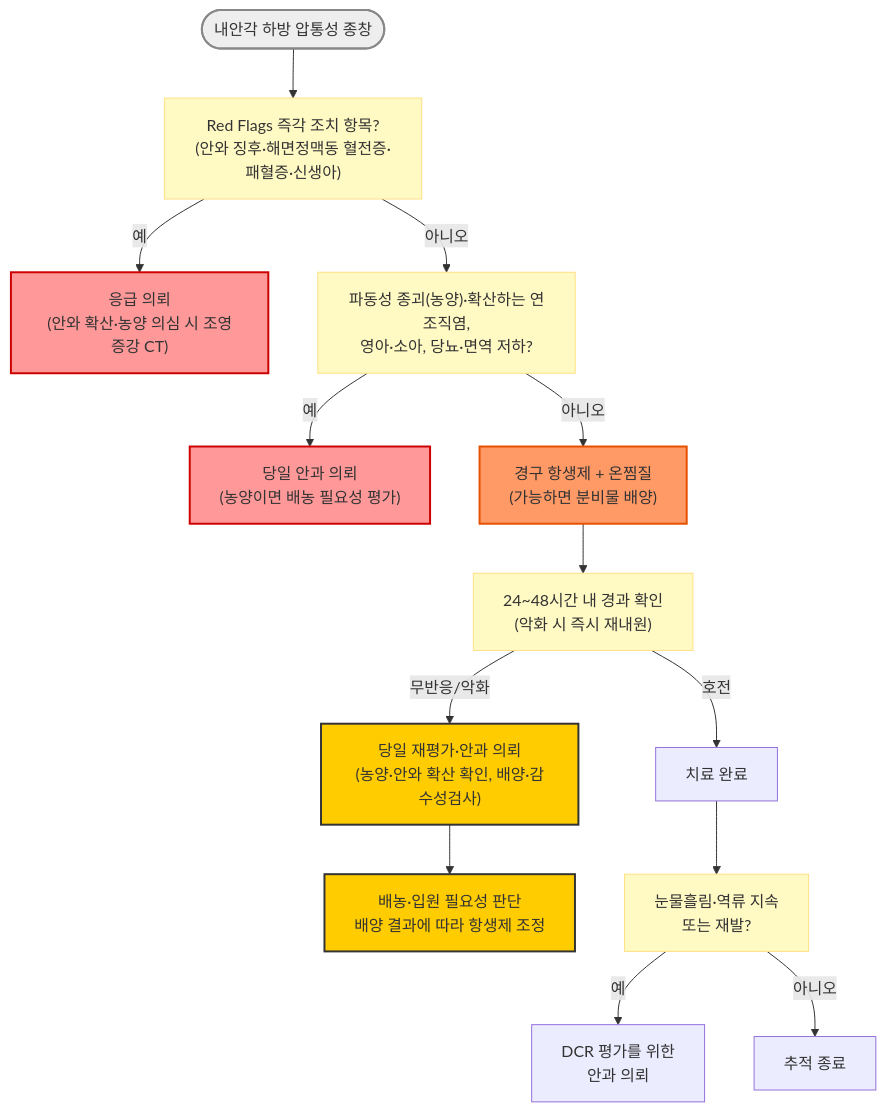
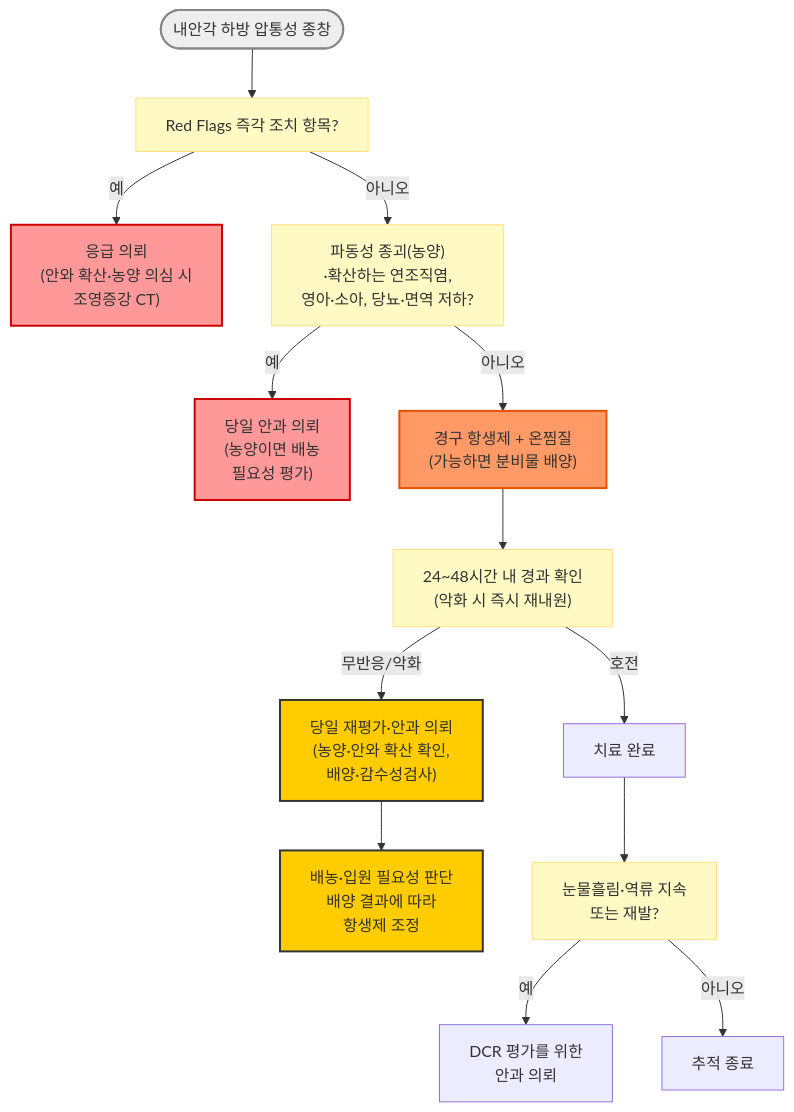
Before and after one commit to familyoh77/familyoh77: the diagram in 222_/043_-dacryocystitis.md, drawn with Mermaid. The commit also changed other lines of this file, not shown here.

````diff
--- a/222_/043_-dacryocystitis.md
+++ b/222_/043_-dacryocystitis.md
@@ -68,26 +86,23 @@
 ```mermaid
 graph TD
-    A([내안각 하방 압통성 종창]) --> B["Red Flags 즉각 조치 항목?<br/>(안와 징후·해면정맥동 혈전증·패혈증·신생아)"]
-    B -- 예 --> C["응급 의뢰<br/>(안와 확산·농양 의심 시 조영증강 CT)"]
-    B -- 아니오 --> D["파동성 종괴(농양)·확산하는 연조직염,<br/>영아·소아, 당뇨·면역 저하?"]
-    D -- 예 --> E["당일 안과 의뢰<br/>(농양이면 배농 필요성 평가)"]
+    A([내안각 하방 압통성 종창]) --> B["Red Flags 즉각 조치 항목?"]
+    B -- 예 --> C["응급 의뢰<br/>(안와 확산·농양 의심 시 <br/>조영증강 CT)"]
+    B -- 아니오 --> D["파동성 종괴(농양)<br/>·확산하는 연조직염,<br/>영아·소아, 당뇨·면역 저하?"]
+    D -- 예 --> E["당일 안과 의뢰<br/>(농양이면 배농 <br/>필요성 평가)"]
     D -- 아니오 --> F["경구 항생제 + 온찜질<br/>(가능하면 분비물 배양)"]
     F --> G["24~48시간 내 경과 확인<br/>(악화 시 즉시 재내원)"]
     G -- 호전 --> H["치료 완료"]
-    G -- 무반응/악화 --> I["당일 재평가·안과 의뢰<br/>(농양·안와 확산 확인, 배양·감수성검사)"]
-    I --> M["배농·입원 필요성 판단<br/>배양 결과에 따라 항생제 조정"]
+    G -- 무반응/악화 --> I["당일 재평가·안과 의뢰<br/>(농양·안와 확산 확인, <br/>배양·감수성검사)"]
+    I --> M["배농·입원 필요성 판단<br/>배양 결과에 따라 <br/>항생제 조정"]
     H --> J["눈물흘림·역류 지속<br/>또는 재발?"]
     J -- 예 --> K["DCR 평가를 위한<br/>안과 의뢰"]
     J -- 아니오 --> L["추적 종료"]
-
     style A fill:#eeeeee,stroke:#888888,stroke-width:2px
-    style B fill:#fff9c4,stroke:#ffe082
-    style D fill:#fff9c4,stroke:#ffe082
-    style G fill:#fff9c4,stroke:#ffe082
-    style J fill:#fff9c4,stroke:#ffe082
+    classDef yellow fill:#fff9c4,stroke:#ffe082
+    class B,D,G,J yellow
     style C fill:#ff9999,stroke:#c00,stroke-width:2px
     style E fill:#ff9999,stroke:#c00,stroke-width:2px
     style F fill:#f96,stroke:#e65100,stroke-width:2px
     style I fill:#ffcc00,stroke:#333,stroke-width:2px
     style M fill:#ffcc00,stroke:#333,stroke-width:2px
 ```
````
